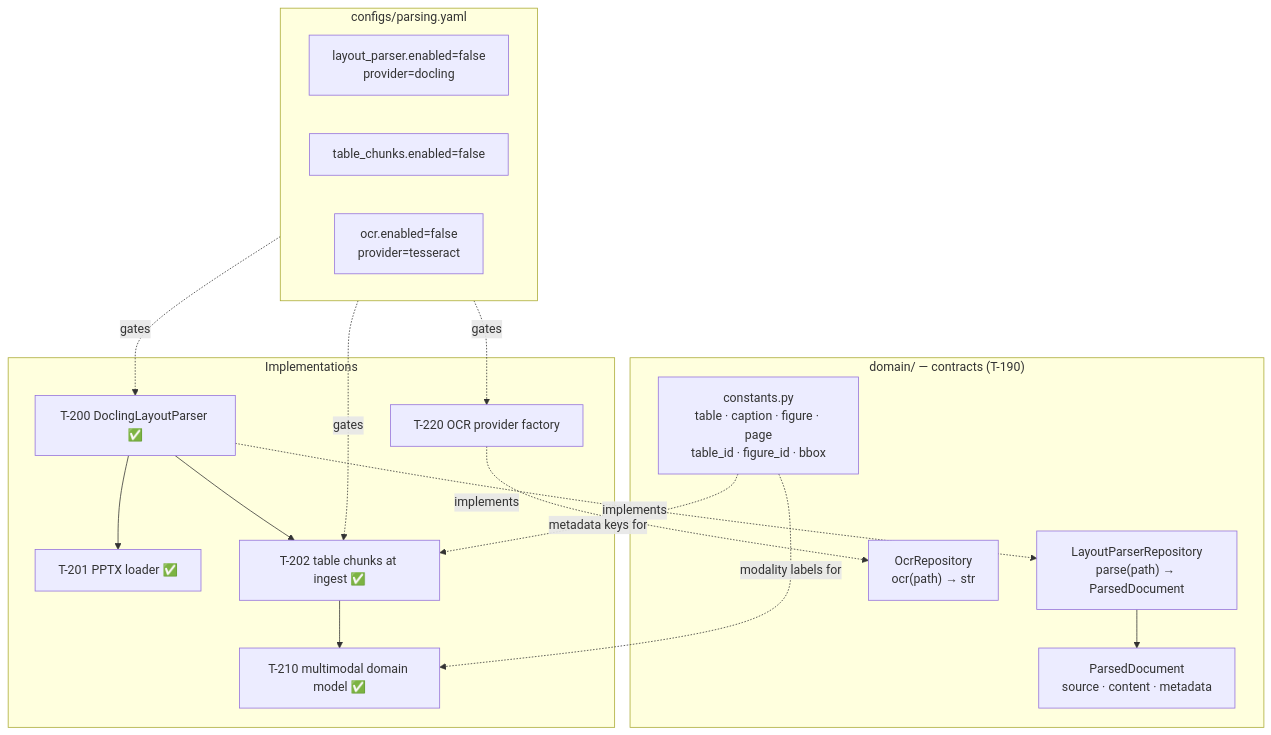
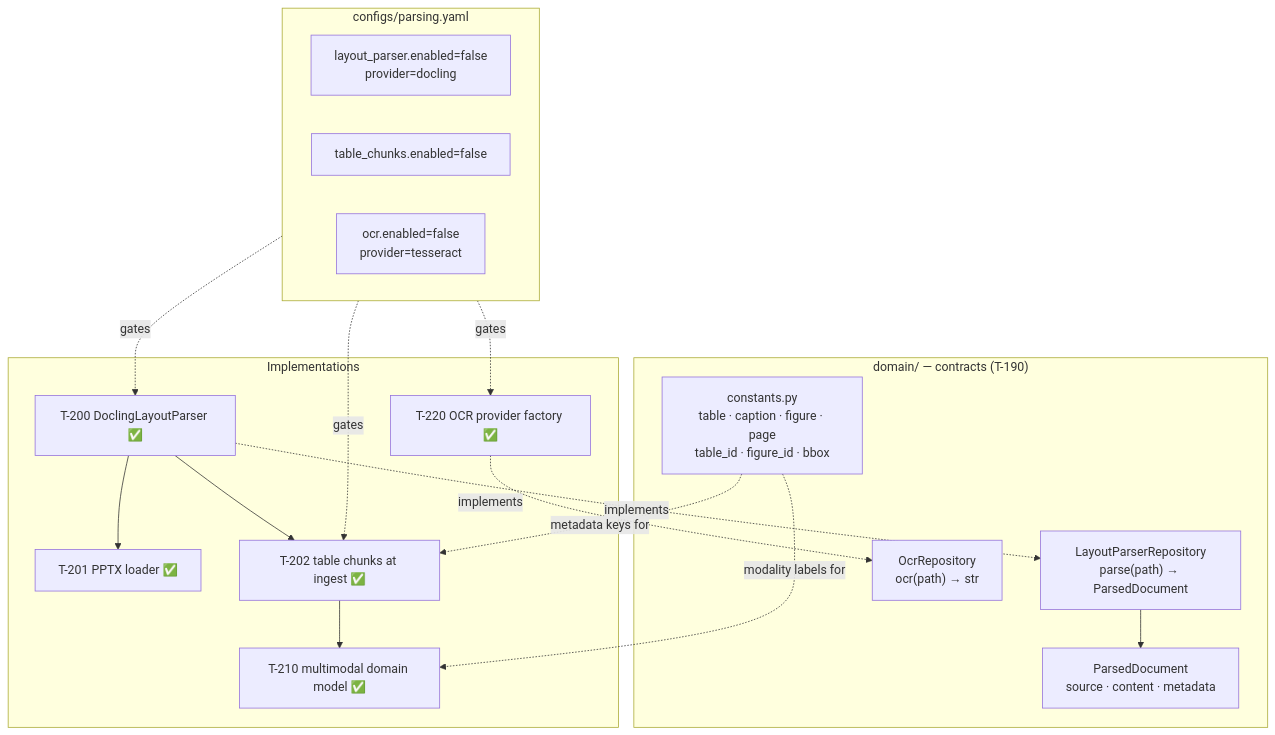
One commit to ealbertoav/rag_platform changed the fourth of 22 diagrams in README.md. Above: the diagram before and after it, drawn with Mermaid. The commit also changed other lines of this file and 8 other files, not shown here.

First line of the commit message:
Add OCR provider factory and caching framework (T-220):

````diff
--- a/README.md
+++ b/README.md
@@ -582,35 +582,35 @@
 ```mermaid
 flowchart TB
     subgraph DOMAIN["domain/ — contracts (T-190)"]
         LPR["LayoutParserRepository<br/>parse(path) → ParsedDocument"]
         OCR["OcrRepository<br/>ocr(path) → str"]
         PD["ParsedDocument<br/>source · content · metadata"]
         CONST["constants.py<br/>table · caption · figure · page<br/>table_id · figure_id · bbox"]
     end
 
     subgraph CONFIG["configs/parsing.yaml"]
         LPSET["layout_parser.enabled=false<br/>provider=docling"]
         TCSET["table_chunks.enabled=false"]
         OCRSET["ocr.enabled=false<br/>provider=tesseract"]
     end
 
     subgraph IMPL["Implementations"]
         T200["T-200 DoclingLayoutParser ✅"]
         T201["T-201 PPTX loader ✅"]
         T202["T-202 table chunks at ingest ✅"]
         T210["T-210 multimodal domain model ✅"]
-        T220["T-220 OCR provider factory"]
+        T220["T-220 OCR provider factory ✅"]
     end
 
     LPR --> PD
     CONFIG -.->|gates| T200
     CONFIG -.->|gates| T202
     CONFIG -.->|gates| T220
     T200 -.->|implements| LPR
     T220 -.->|implements| OCR
     T200 --> T201
     T200 --> T202
     T202 --> T210
     CONST -.->|metadata keys for| T202
     CONST -.->|modality labels for| T210
 ```
````
